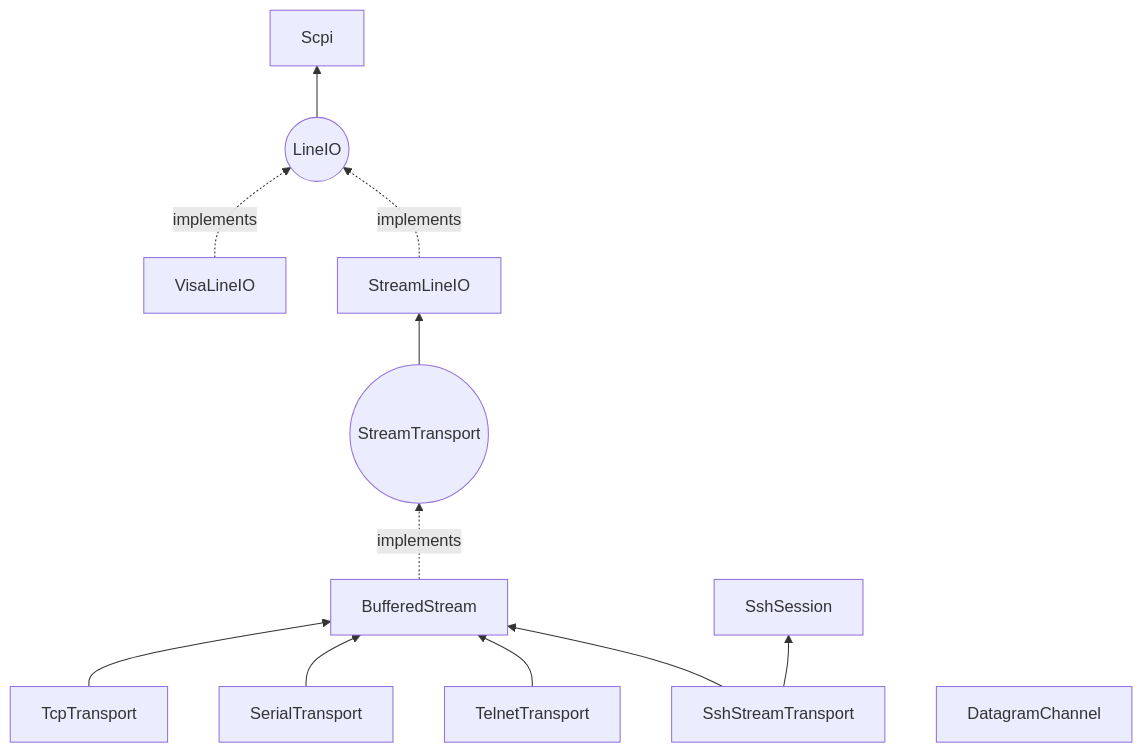
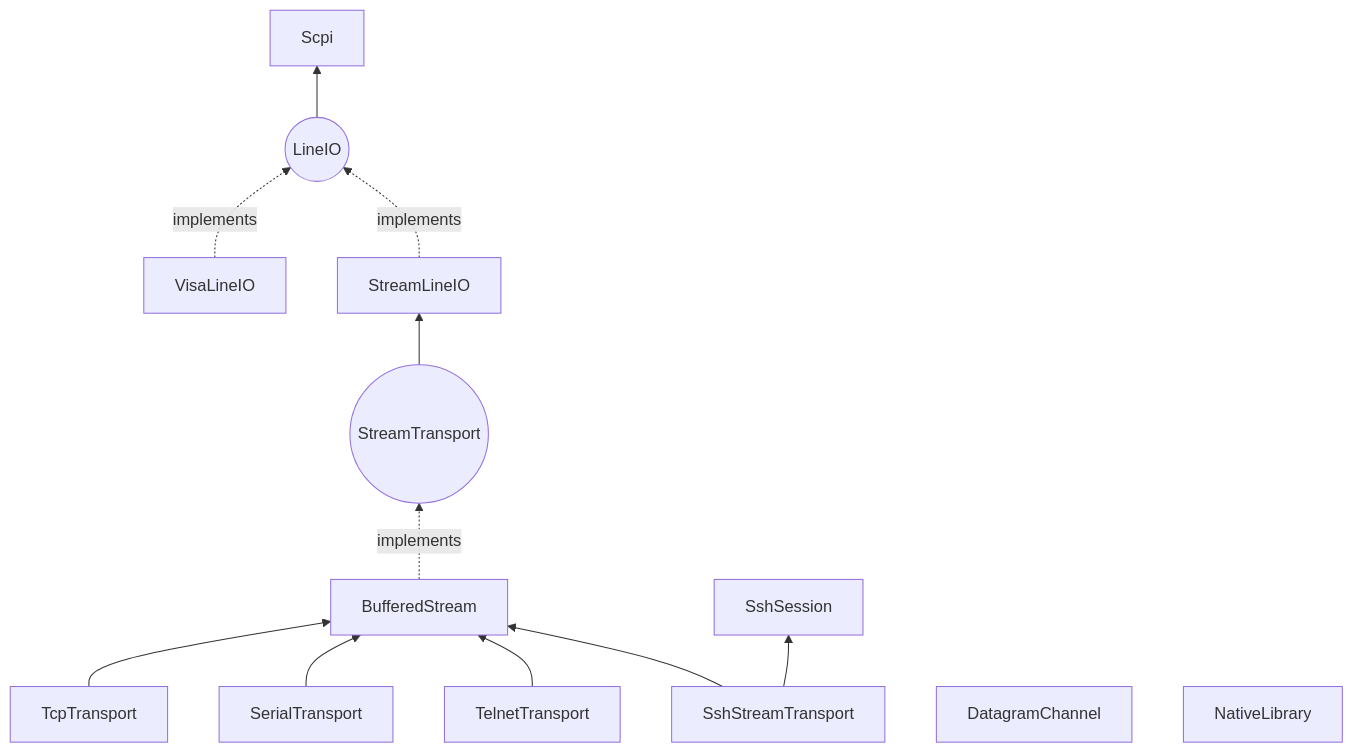
One commit to PuglyD/mastif changed the first of 2 diagrams in docs/wiki/transports.md. Above: the diagram before and after it, drawn with Mermaid. The commit also changed other lines of this file and 22 other files, not shown here.

First line of the commit message:
feat(resources): add native vendor library transport

````diff
--- a/docs/wiki/transports.md
+++ b/docs/wiki/transports.md
@@ -22,14 +23,15 @@
 ```mermaid
 flowchart BT
     tcp[TcpTransport] --> bs[BufferedStream]
     ser[SerialTransport] --> bs
     tel[TelnetTransport] --> bs
     sst[SshStreamTransport] --> bs
     sst --> sess[SshSession]
     bs -.implements.-> ST((StreamTransport))
     ST --> sl[StreamLineIO]
     visa[VisaLineIO] -.implements.-> LIO((LineIO))
     sl -.implements.-> LIO
     LIO --> scpi[Scpi]
     dg[DatagramChannel]
+    nl[NativeLibrary]
 ```
````
